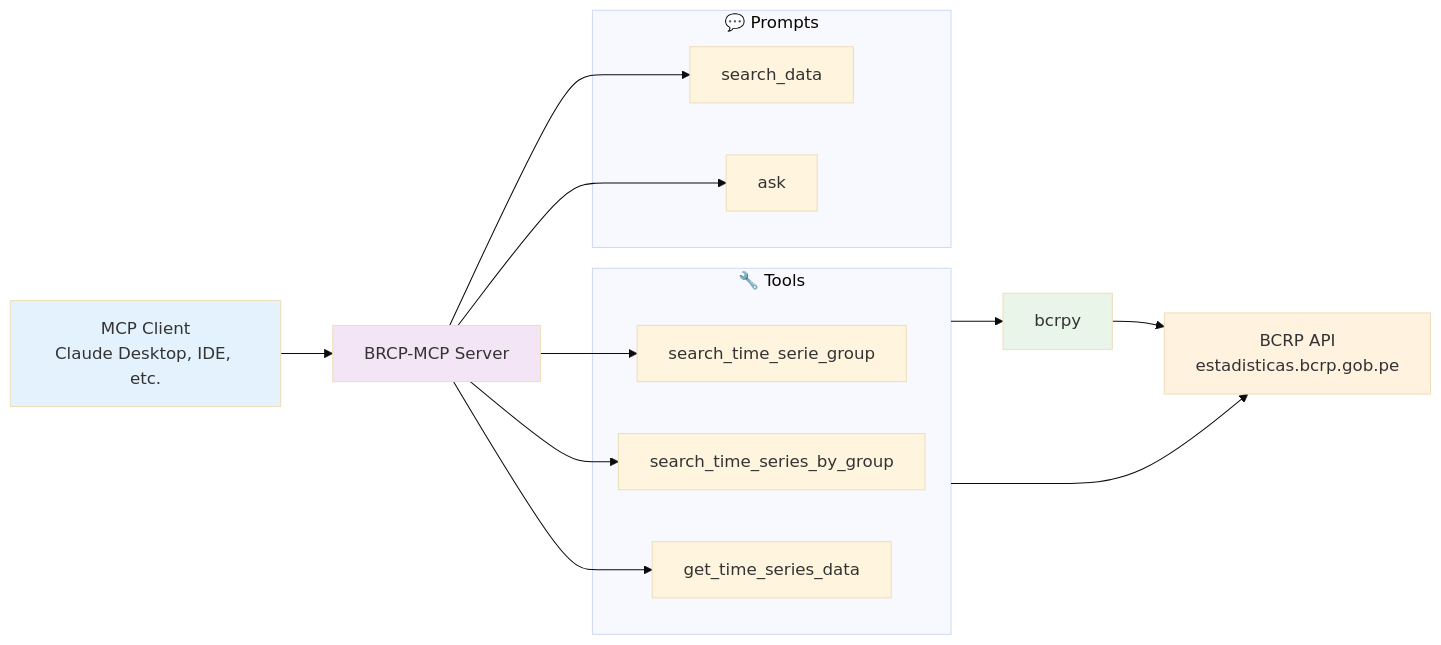
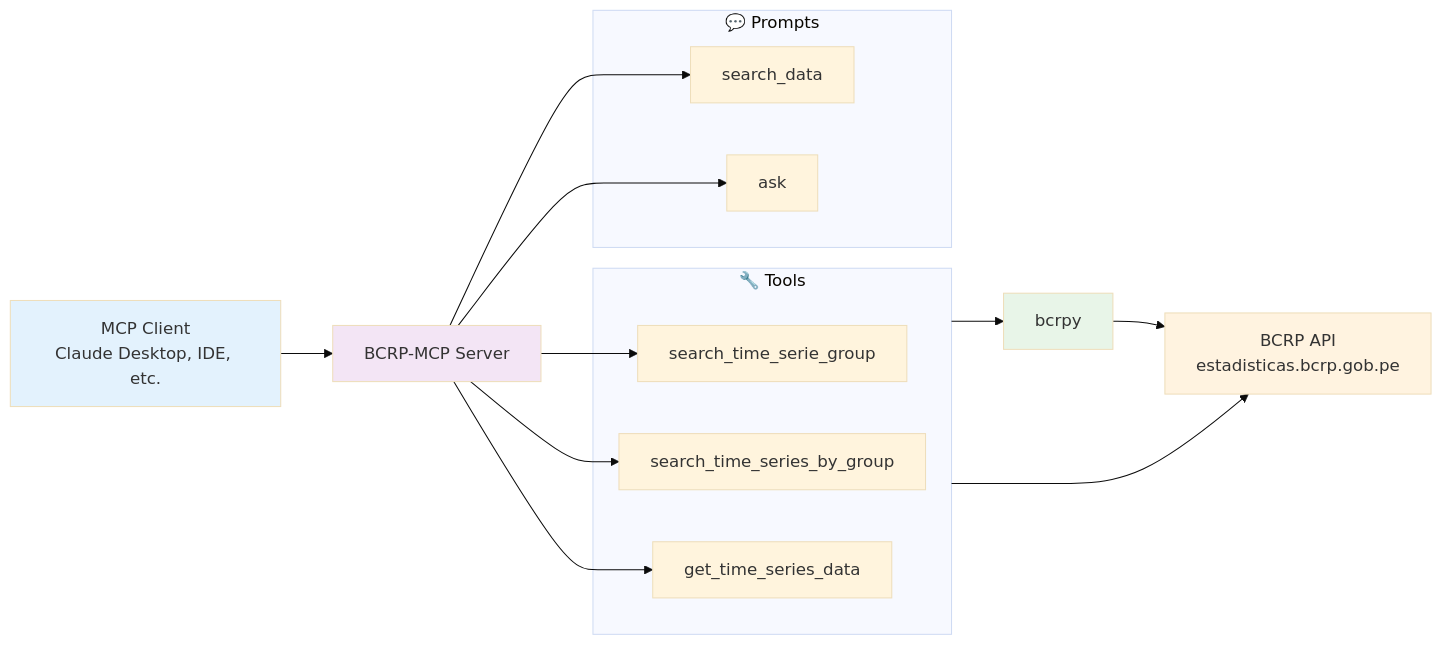
Before and after one commit to rodcar/bcrp-mcp: the diagram in README.md, drawn with Mermaid (base theme). The commit also changed other lines of this file, not shown here.

````diff
--- a/README.md
+++ b/README.md
@@ -111,30 +149,30 @@
 ```mermaid
 graph LR
-    CLIENT[MCP Client<br/>Claude Desktop, IDE, etc.] --> MCP_SERVER[BRCP-MCP Server]
+    CLIENT[MCP Client<br/>Claude Desktop, IDE, etc.] --> MCP_SERVER[BCRP-MCP Server]
     bcrpy --> BCRP_API[BCRP API<br/>estadisticas.bcrp.gob.pe]
     
     subgraph TOOLS ["🔧 Tools"]
         SEARCH_GROUP[search_time_serie_group]
         SEARCH_SERIES[search_time_series_by_group]
         GET_DATA[get_time_series_data]
     end
     
     subgraph "💬 Prompts"
         SEARCH_PROMPT[search_data]
         ASK_PROMPT[ask]
     end
     
     MCP_SERVER --> SEARCH_GROUP
     MCP_SERVER --> SEARCH_SERIES
     MCP_SERVER --> GET_DATA
     MCP_SERVER --> SEARCH_PROMPT
     MCP_SERVER --> ASK_PROMPT
     
     TOOLS --> bcrpy
     TOOLS --> BCRP_API
     
     style CLIENT fill:#e3f2fd
     style MCP_SERVER fill:#f3e5f5
     style bcrpy fill:#e8f5e8
     style BCRP_API fill:#fff3e0
 ```
````
